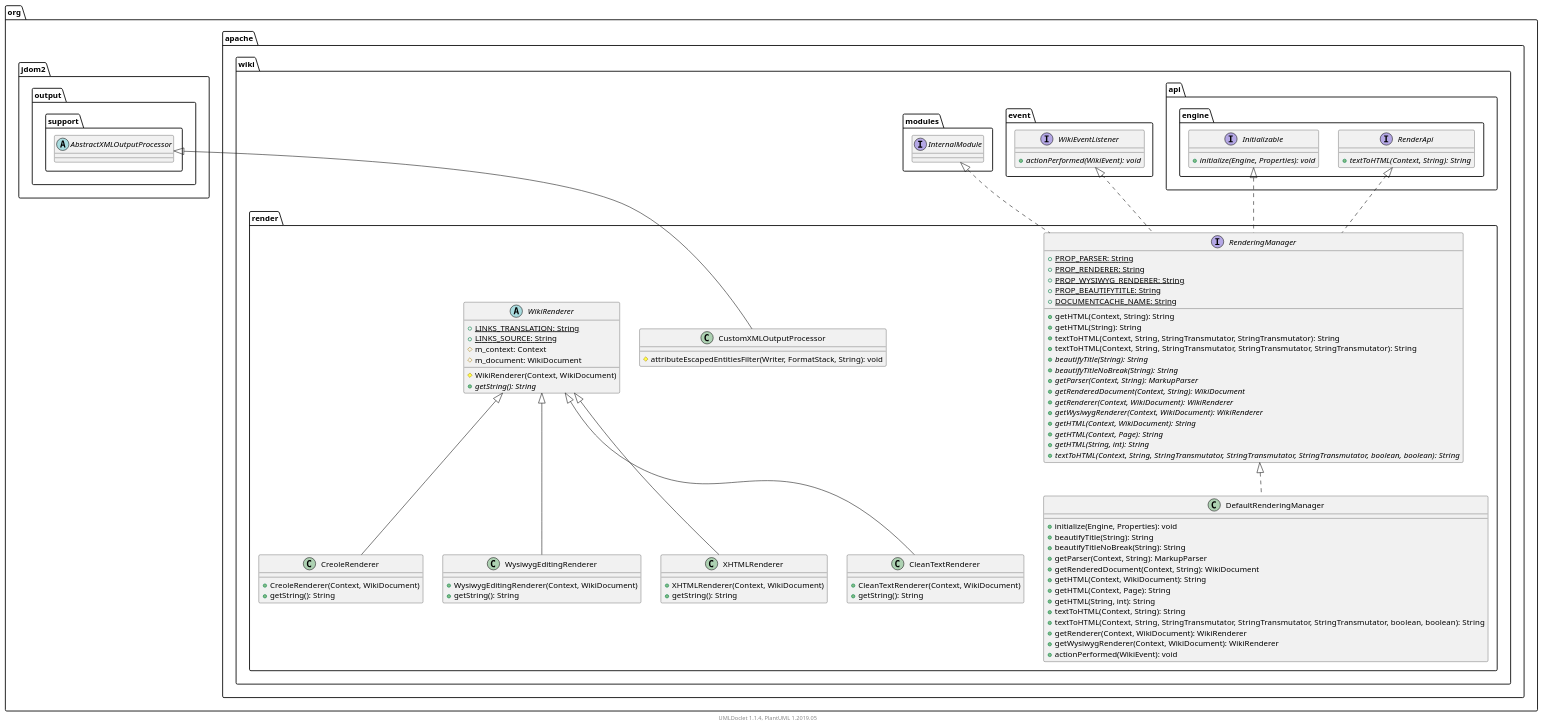
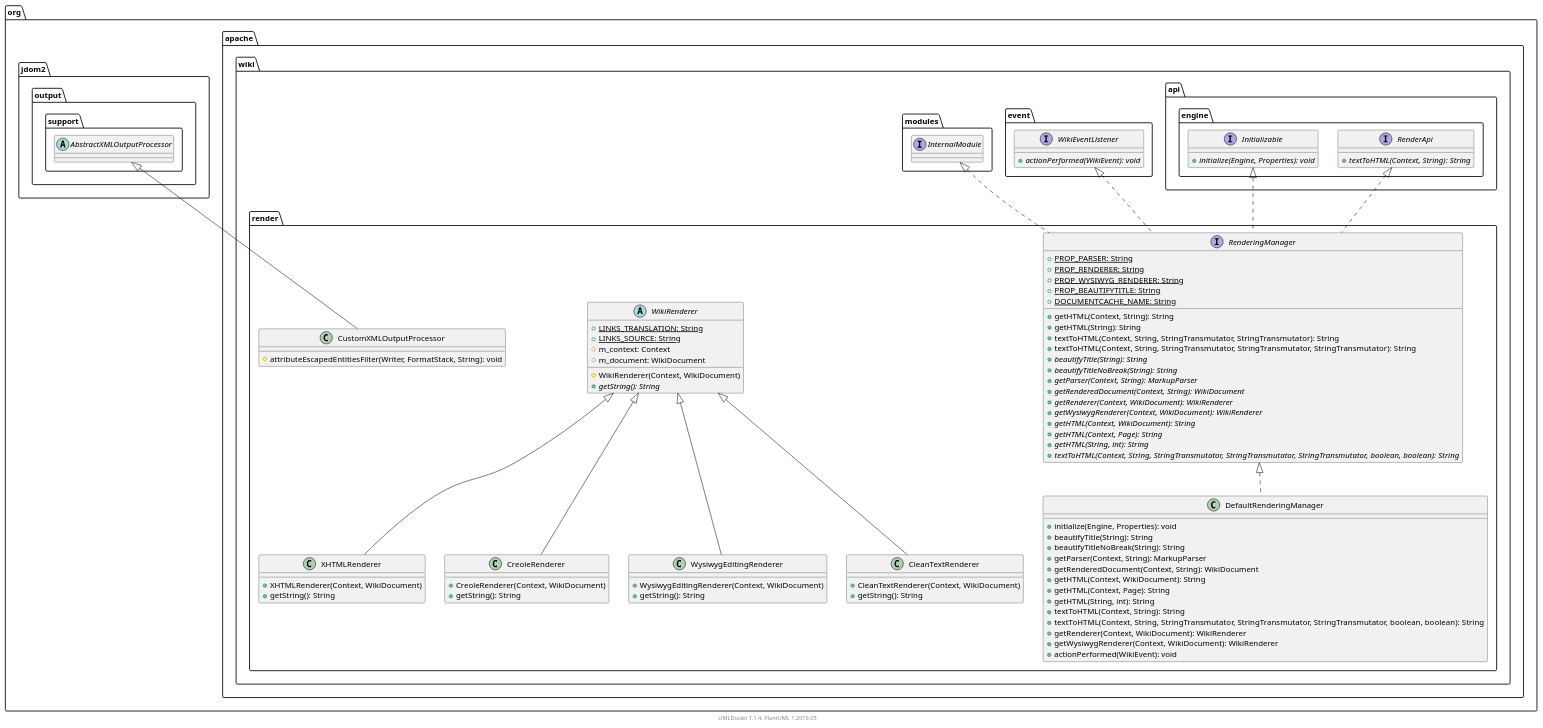
Before and after one commit to apache/jspwiki-site: the diagram in apidocs/2.11.0.M7-SNAPSHOT/org/apache/wiki/render/package.puml, drawn with PlantUML. The commit also changed other lines of this file and 1811 other files, not shown here.

```diff
--- a/apidocs/2.11.0.M7-SNAPSHOT/org/apache/wiki/render/package.puml
+++ b/apidocs/2.11.0.M7-SNAPSHOT/org/apache/wiki/render/package.puml
@@ -1,111 +1,111 @@
 @startuml
 
     namespace org.apache.wiki.render {
 
         class CustomXMLOutputProcessor [[CustomXMLOutputProcessor.html]] {
             #attributeEscapedEntitiesFilter(Writer, FormatStack, String): void
+        }
+
+        class XHTMLRenderer [[XHTMLRenderer.html]] {
+            +XHTMLRenderer(Context, WikiDocument)
+            +getString(): String
+        }
+
+        abstract class WikiRenderer [[WikiRenderer.html]] {
+            {static} +LINKS_TRANSLATION: String
+            {static} +LINKS_SOURCE: String
+            #m_context: Context
+            #m_document: WikiDocument
+            #WikiRenderer(Context, WikiDocument)
+            {abstract} +getString(): String
+        }
+
+        class DefaultRenderingManager [[DefaultRenderingManager.html]] {
+            +initialize(Engine, Properties): void
+            +beautifyTitle(String): String
+            +beautifyTitleNoBreak(String): String
+            +getParser(Context, String): MarkupParser
+            +getRenderedDocument(Context, String): WikiDocument
+            +getHTML(Context, WikiDocument): String
+            +getHTML(Context, Page): String
+            +getHTML(String, int): String
+            +textToHTML(Context, String): String
+            +textToHTML(Context, String, StringTransmutator, StringTransmutator, StringTransmutator, boolean, boolean): String
+            +getRenderer(Context, WikiDocument): WikiRenderer
+            +getWysiwygRenderer(Context, WikiDocument): WikiRenderer
+            +actionPerformed(WikiEvent): void
         }
 
         interface RenderingManager [[RenderingManager.html]] {
             {static} +PROP_PARSER: String
             {static} +PROP_RENDERER: String
             {static} +PROP_WYSIWYG_RENDERER: String
             {static} +PROP_BEAUTIFYTITLE: String
             {static} +DOCUMENTCACHE_NAME: String
             +getHTML(Context, String): String
             +getHTML(String): String
             +textToHTML(Context, String, StringTransmutator, StringTransmutator): String
             +textToHTML(Context, String, StringTransmutator, StringTransmutator, StringTransmutator): String
             {abstract} +beautifyTitle(String): String
             {abstract} +beautifyTitleNoBreak(String): String
             {abstract} +getParser(Context, String): MarkupParser
             {abstract} +getRenderedDocument(Context, String): WikiDocument
             {abstract} +getRenderer(Context, WikiDocument): WikiRenderer
             {abstract} +getWysiwygRenderer(Context, WikiDocument): WikiRenderer
             {abstract} +getHTML(Context, WikiDocument): String
             {abstract} +getHTML(Context, Page): String
             {abstract} +getHTML(String, int): String
             {abstract} +textToHTML(Context, String, StringTransmutator, StringTransmutator, StringTransmutator, boolean, boolean): String
         }
 
-        class CleanTextRenderer [[CleanTextRenderer.html]] {
-            +CleanTextRenderer(Context, WikiDocument)
-            +getString(): String
-        }
-
         class CreoleRenderer [[CreoleRenderer.html]] {
             +CreoleRenderer(Context, WikiDocument)
             +getString(): String
-        }
-
-        abstract class WikiRenderer [[WikiRenderer.html]] {
-            {static} +LINKS_TRANSLATION: String
-            {static} +LINKS_SOURCE: String
-            #m_context: Context
-            #m_document: WikiDocument
-            #WikiRenderer(Context, WikiDocument)
-            {abstract} +getString(): String
         }
 
         class WysiwygEditingRenderer [[WysiwygEditingRenderer.html]] {
             +WysiwygEditingRenderer(Context, WikiDocument)
             +getString(): String
         }
 
-        class DefaultRenderingManager [[DefaultRenderingManager.html]] {
-            +initialize(Engine, Properties): void
-            +beautifyTitle(String): String
-            +beautifyTitleNoBreak(String): String
-            +getParser(Context, String): MarkupParser
-            +getRenderedDocument(Context, String): WikiDocument
-            +getHTML(Context, WikiDocument): String
-            +getHTML(Context, Page): String
-            +getHTML(String, int): String
-            +textToHTML(Context, String): String
-            +textToHTML(Context, String, StringTransmutator, StringTransmutator, StringTransmutator, boolean, boolean): String
-            +getRenderer(Context, WikiDocument): WikiRenderer
-            +getWysiwygRenderer(Context, WikiDocument): WikiRenderer
-            +actionPerformed(WikiEvent): void
-        }
-
-        class XHTMLRenderer [[XHTMLRenderer.html]] {
-            +XHTMLRenderer(Context, WikiDocument)
+        class CleanTextRenderer [[CleanTextRenderer.html]] {
+            +CleanTextRenderer(Context, WikiDocument)
             +getString(): String
         }
 
         abstract class org.jdom2.output.support.AbstractXMLOutputProcessor
         org.jdom2.output.support.AbstractXMLOutputProcessor <|-- CustomXMLOutputProcessor
+
+        WikiRenderer <|-- XHTMLRenderer
+
+        RenderingManager <|.. DefaultRenderingManager
 
         interface org.apache.wiki.api.engine.RenderApi {
             {abstract} +textToHTML(Context, String): String
         }
         org.apache.wiki.api.engine.RenderApi <|.. RenderingManager
 
         interface org.apache.wiki.event.WikiEventListener {
             {abstract} +actionPerformed(WikiEvent): void
         }
         org.apache.wiki.event.WikiEventListener <|.. RenderingManager
 
         interface org.apache.wiki.modules.InternalModule
         org.apache.wiki.modules.InternalModule <|.. RenderingManager
 
         interface org.apache.wiki.api.engine.Initializable {
             {abstract} +initialize(Engine, Properties): void
         }
         org.apache.wiki.api.engine.Initializable <|.. RenderingManager
 
-        WikiRenderer <|-- CleanTextRenderer
-
         WikiRenderer <|-- CreoleRenderer
 
         WikiRenderer <|-- WysiwygEditingRenderer
 
-        RenderingManager <|.. DefaultRenderingManager
-
-        WikiRenderer <|-- XHTMLRenderer
+        WikiRenderer <|-- CleanTextRenderer
 
     }
 
 
     center footer UMLDoclet 1.1.4, PlantUML 1.2019.05
 @enduml
```
